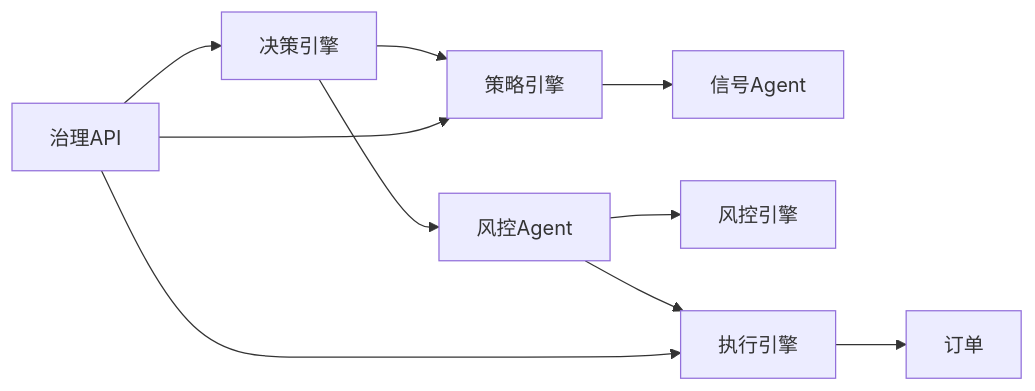
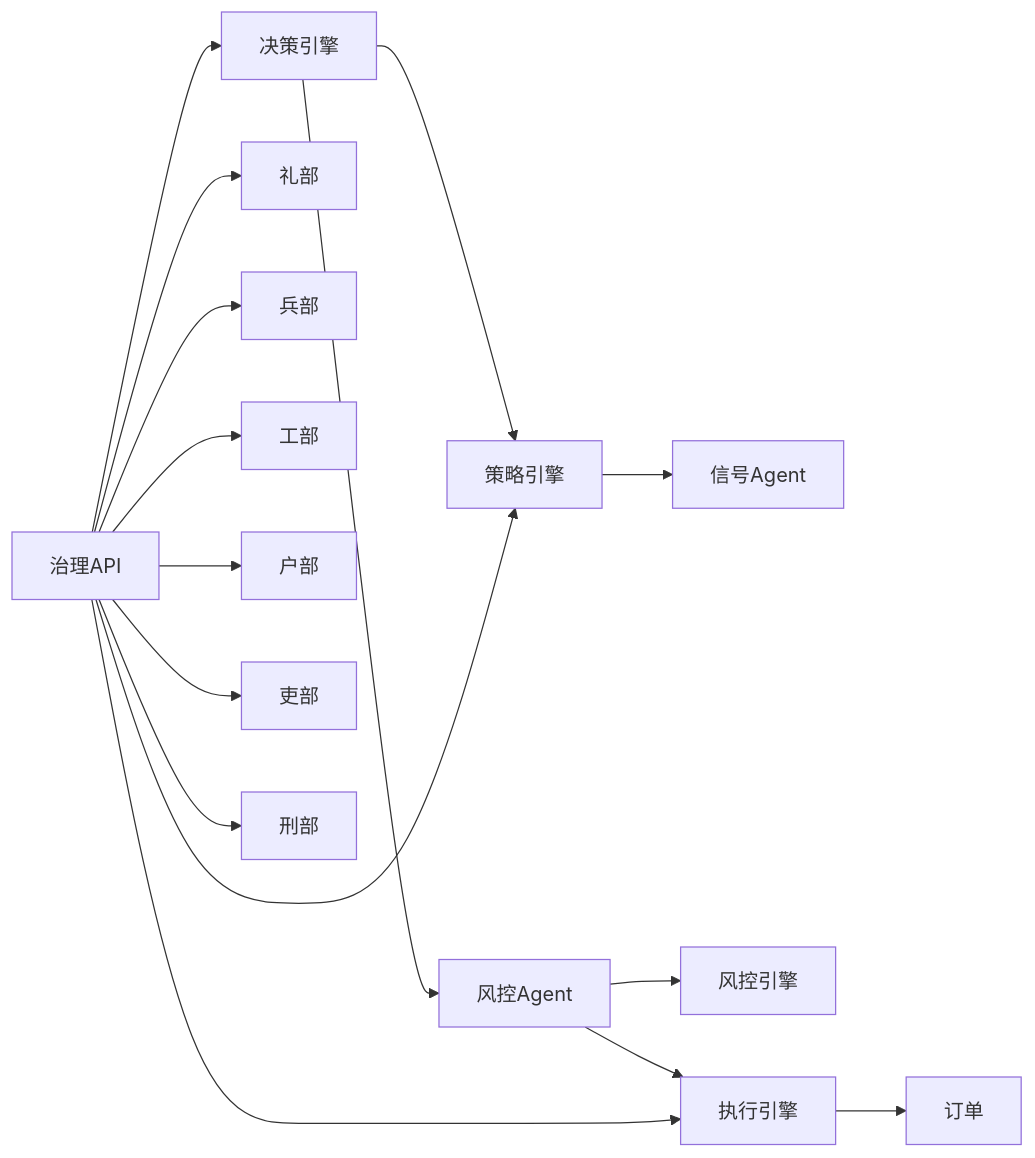
Before and after one commit to Magicer2024/AIQuant: the eighth of 8 diagrams in .qoder/repowiki/zh/content/三省决策架构/三省决策架构.md, drawn with Mermaid. The commit also changed other lines of this file and 62 other files, not shown here.

First line of the commit message:
refactor: migrate modules to 六部 ministries architecture

````diff
--- a/.qoder/repowiki/zh/content/三省决策架构/三省决策架构.md
+++ b/.qoder/repowiki/zh/content/三省决策架构/三省决策架构.md
@@ -416,12 +487,18 @@
 ```mermaid
 graph LR
 DEC["决策引擎"] --> STR["策略引擎"]
 STR --> SIG["信号Agent"]
 DEC --> RIS["风控Agent"]
 RIS --> REN["风控引擎"]
 RIS --> EXE["执行引擎"]
 EXE --> ORD["订单"]
 API["治理API"] --> DEC
 API --> STR
 API --> EXE
+API --> RITES["礼部"]
+API --> WAR["兵部"]
+API --> WORKS["工部"]
+API --> REVENUE["户部"]
+API --> PERSONNEL["吏部"]
+API --> JUSTICE["刑部"]
 ```
````
